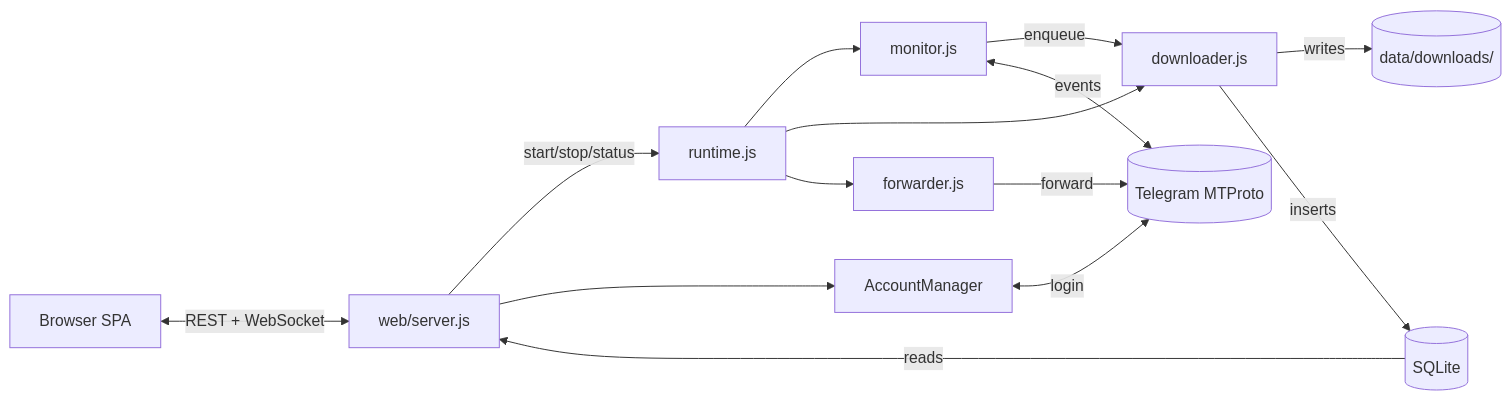
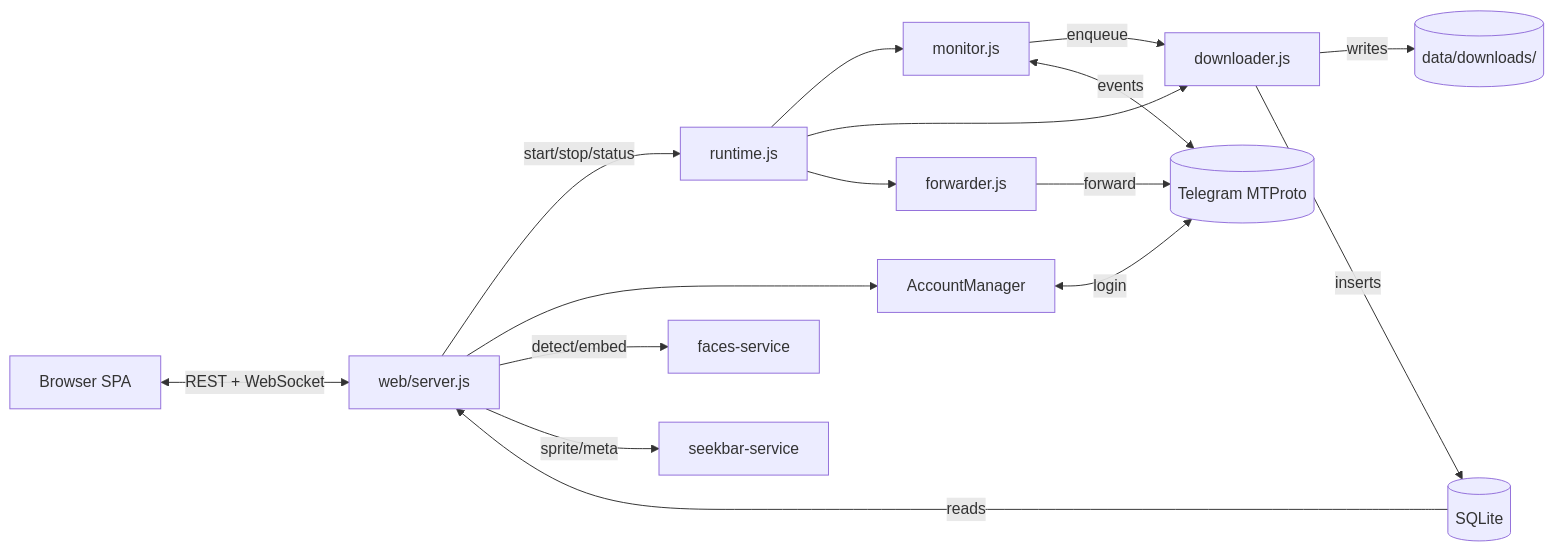
Before and after one commit to botnick/telegram-media-downloader: the diagram in README.md, drawn with Mermaid. The commit also changed other lines of this file and 11 other files, not shown here.

````diff
--- a/README.md
+++ b/README.md
@@ -53,27 +52,31 @@
 ```mermaid
 flowchart LR
     user[Browser SPA]
     server[web/server.js]
     runtime[runtime.js]
     monitor[monitor.js]
     downloader[downloader.js]
     forwarder[forwarder.js]
     am[AccountManager]
     db[(SQLite)]
     fs[(data/downloads/)]
     tg[(Telegram MTProto)]
+    faces[faces-service]
+    seekbar[seekbar-service]
 
     user <-- REST + WebSocket --> server
     server -- start/stop/status --> runtime
     runtime --> monitor
     runtime --> downloader
     runtime --> forwarder
     server --> am
     monitor -- enqueue --> downloader
     forwarder -- forward --> tg
     am <-- login --> tg
     monitor <-- events --> tg
     downloader -- writes --> fs
     downloader -- inserts --> db
     db -- reads --> server
+    server -- detect/embed --> faces
+    server -- sprite/meta --> seekbar
 ```
````
